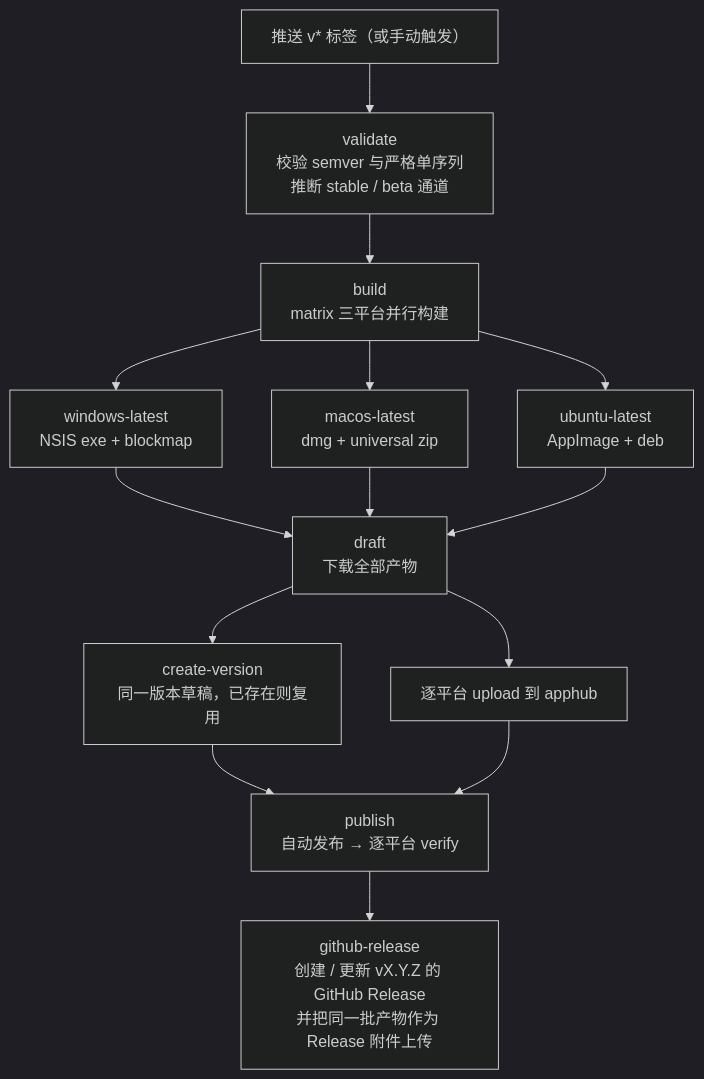
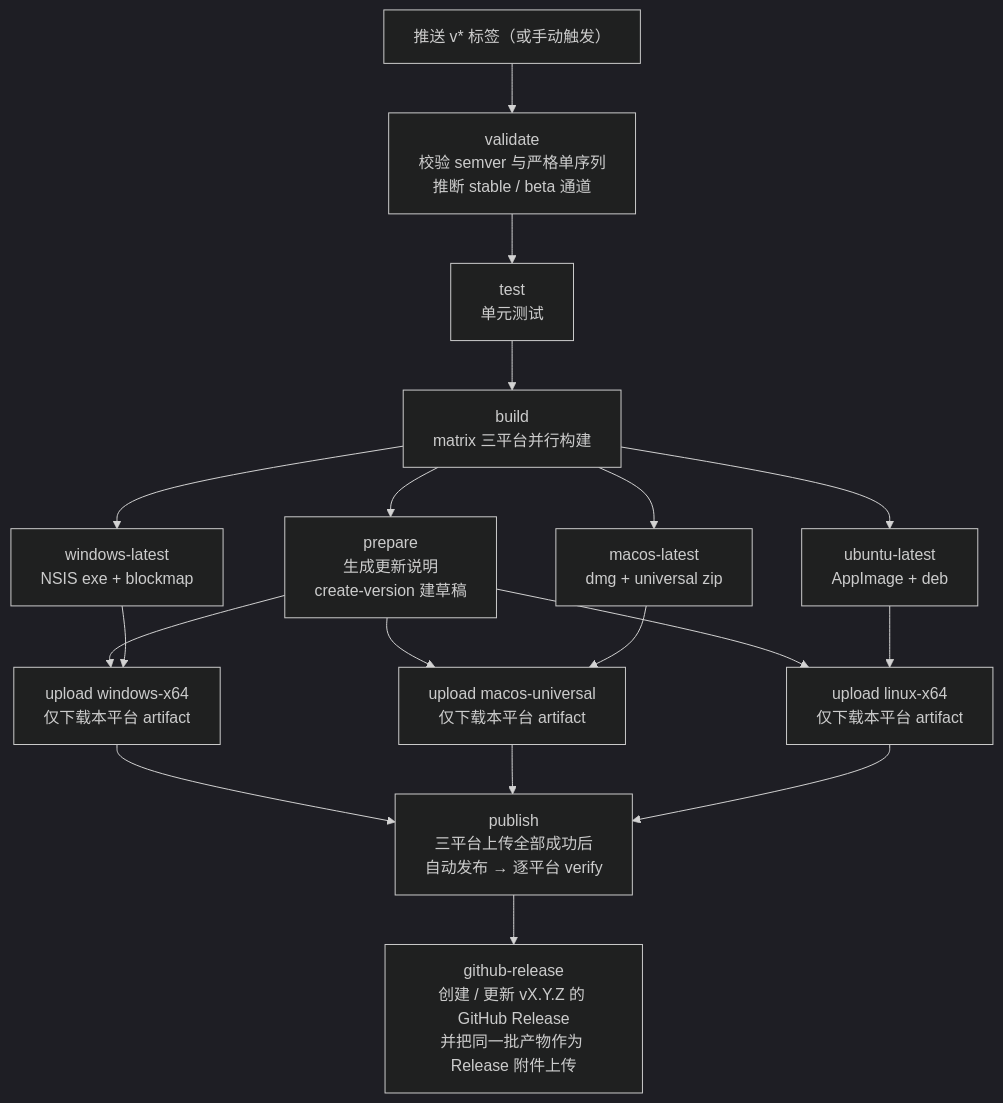
Before and after one commit to Harley-xk/mark-it: the diagram in docs/github-release.md, drawn with Mermaid (dark theme). The commit also changed other lines of this file and 12 other files, not shown here.

````diff
--- a/docs/github-release.md
+++ b/docs/github-release.md
@@ -9,16 +9,20 @@
 ```mermaid
 flowchart TD
     T["推送 v* 标签（或手动触发）"] --> V["validate<br/>校验 semver 与严格单序列<br/>推断 stable / beta 通道"]
-    V --> B["build<br/>matrix 三平台并行构建"]
+    V --> UT["test<br/>单元测试"]
+    UT --> B["build<br/>matrix 三平台并行构建"]
     B --> W["windows-latest<br/>NSIS exe + blockmap"]
     B --> M["macos-latest<br/>dmg + universal zip"]
     B --> L["ubuntu-latest<br/>AppImage + deb"]
-    W --> D["draft<br/>下载全部产物"]
-    M --> D
-    L --> D
-    D --> D1["create-version<br/>同一版本草稿，已存在则复用"]
-    D --> D2["逐平台 upload 到 apphub"]
-    D1 --> P["publish<br/>自动发布 → 逐平台 verify"]
-    D2 --> P
+    B --> PR["prepare<br/>生成更新说明<br/>create-version 建草稿"]
+    PR --> UW["upload windows-x64<br/>仅下载本平台 artifact"]
+    PR --> UM["upload macos-universal<br/>仅下载本平台 artifact"]
+    PR --> UL["upload linux-x64<br/>仅下载本平台 artifact"]
+    W --> UW
+    M --> UM
+    L --> UL
+    UW --> P["publish<br/>三平台上传全部成功后<br/>自动发布 → 逐平台 verify"]
+    UM --> P
+    UL --> P
     P --> G["github-release<br/>创建 / 更新 vX.Y.Z 的 GitHub Release<br/>并把同一批产物作为 Release 附件上传"]
 ```
````
